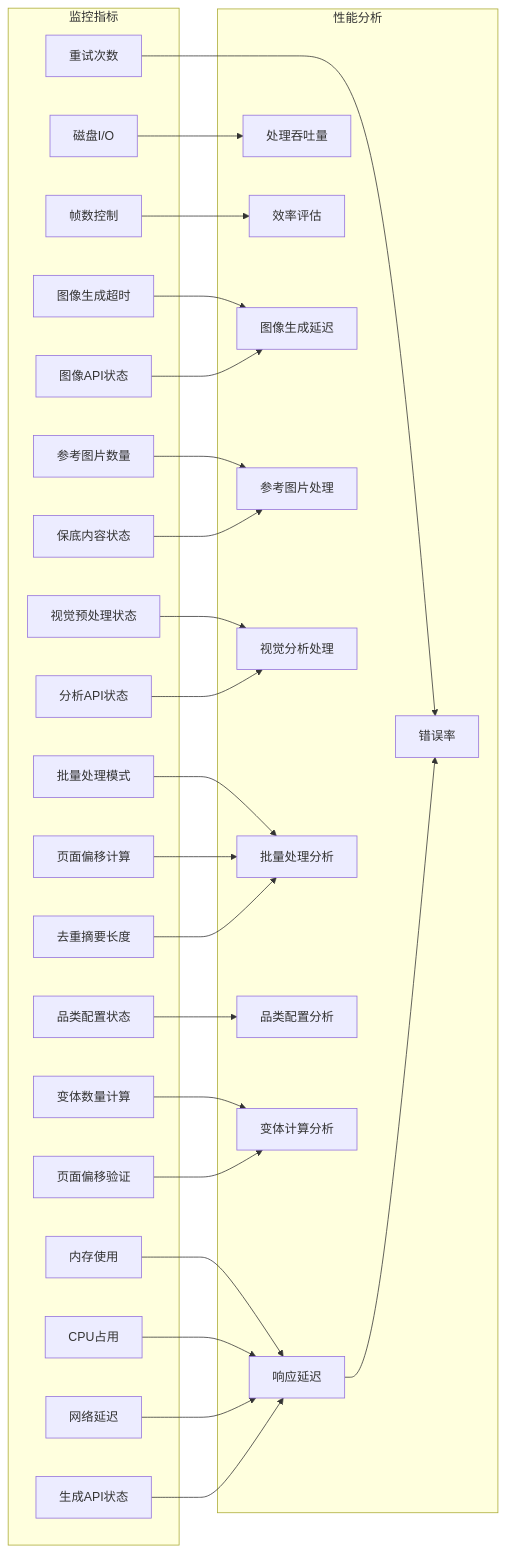
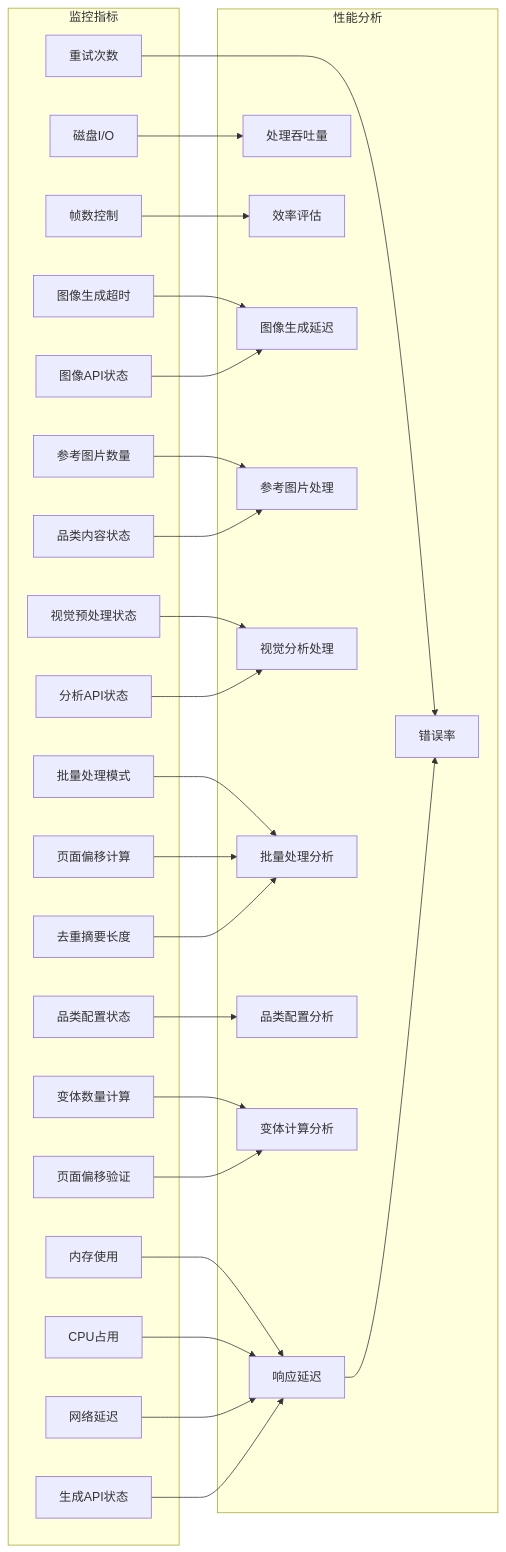
Diagram 23 of 23 in .qoder/repowiki/zh/content/配置和定制/配置和定制.md (WongMingJiu/landingpage-test-hero-page), drawn with Mermaid before and after one commit. The commit also changed other lines of this file and 53 other files, not shown here.

````diff
--- a/.qoder/repowiki/zh/content/配置和定制/配置和定制.md
+++ b/.qoder/repowiki/zh/content/配置和定制/配置和定制.md
@@ -1331,56 +1280,56 @@
 ```mermaid
 graph LR
 subgraph "监控指标"
 Memory[内存使用]
 CPU[CPU占用]
 Network[网络延迟]
 Disk[磁盘I/O]
 Frames[帧数控制]
 Retries[重试次数]
 ImageTimeout[图像生成超时]
 RefImages[参考图片数量]
-FallbackContent[保底内容状态]
+CategoryContent[品类内容状态]
 VisualPreprocess[视觉预处理状态]
 AnalyseAPI[分析API状态]
 GenerateAPI[生成API状态]
 ImageAPI[图像API状态]
 BatchMode[批量处理模式]
 BatchOffset[页面偏移计算]
 ExistingSummary[去重摘要长度]
 CategoryConfig[品类配置状态]
 VariantCount[变体数量计算]
 PageOffset[页面偏移验证]
 end
 subgraph "性能分析"
 Latency[响应延迟]
 Throughput[处理吞吐量]
 ErrorRate[错误率]
 Efficiency[效率评估]
 ImageLatency[图像生成延迟]
 RefProcessing[参考图片处理]
 VisualAnalysis[视觉分析处理]
 BatchProcessing[批量处理分析]
 CategoryAnalysis[品类配置分析]
 VariantCalculation[变体计算分析]
 end
 Memory --> Latency
 CPU --> Latency
 Network --> Latency
 Disk --> Throughput
 Frames --> Efficiency
 Retries --> ErrorRate
 ImageTimeout --> ImageLatency
 RefImages --> RefProcessing
-FallbackContent --> RefProcessing
+CategoryContent --> RefProcessing
 VisualPreprocess --> VisualAnalysis
 AnalyseAPI --> VisualAnalysis
 GenerateAPI --> Latency
 ImageAPI --> ImageLatency
 BatchMode --> BatchProcessing
 BatchOffset --> BatchProcessing
 ExistingSummary --> BatchProcessing
 CategoryConfig --> CategoryAnalysis
 VariantCount --> VariantCalculation
 PageOffset --> VariantCalculation
 Latency --> ErrorRate
 ```
````
